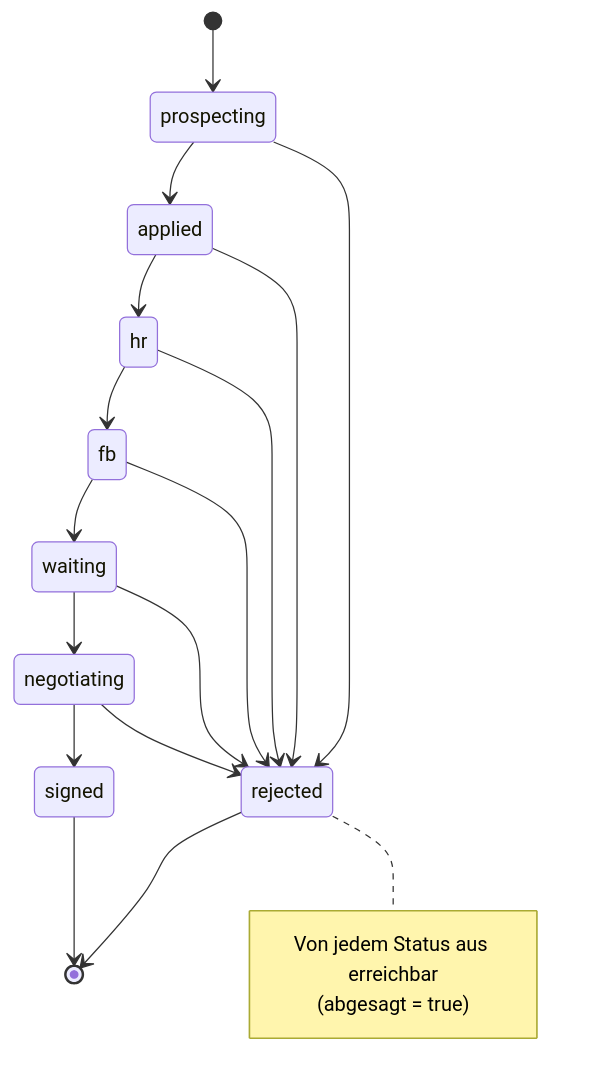
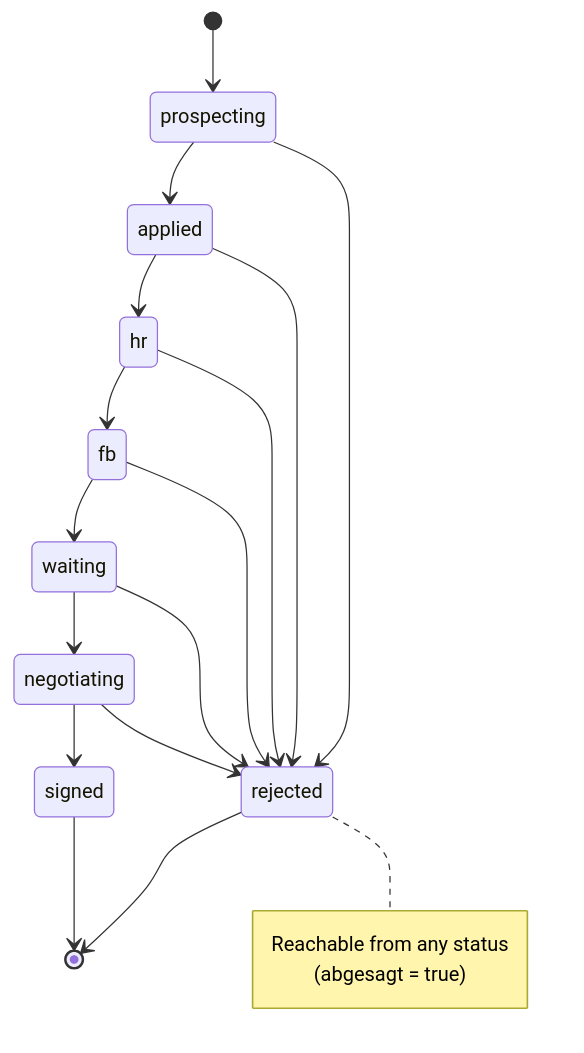
Before and after one commit to EGulinsky/rapport: the second of 9 diagrams in docs/ARCHITECTURE.md, drawn with Mermaid. The commit also changed other lines of this file and 6 other files, not shown here.

````diff
--- a/docs/ARCHITECTURE.md
+++ b/docs/ARCHITECTURE.md
@@ -358,24 +358,24 @@
 ```mermaid
 stateDiagram-v2
     [*] --> prospecting
     prospecting --> applied
     applied --> hr
     hr --> fb
     fb --> waiting
     waiting --> negotiating
     negotiating --> signed
     signed --> [*]
 
     prospecting --> rejected
     applied --> rejected
     hr --> rejected
     fb --> rejected
     waiting --> rejected
     negotiating --> rejected
     rejected --> [*]
 
     note right of rejected
-        Von jedem Status aus erreichbar
+        Reachable from any status
         (abgesagt = true)
     end note
 ```
````
